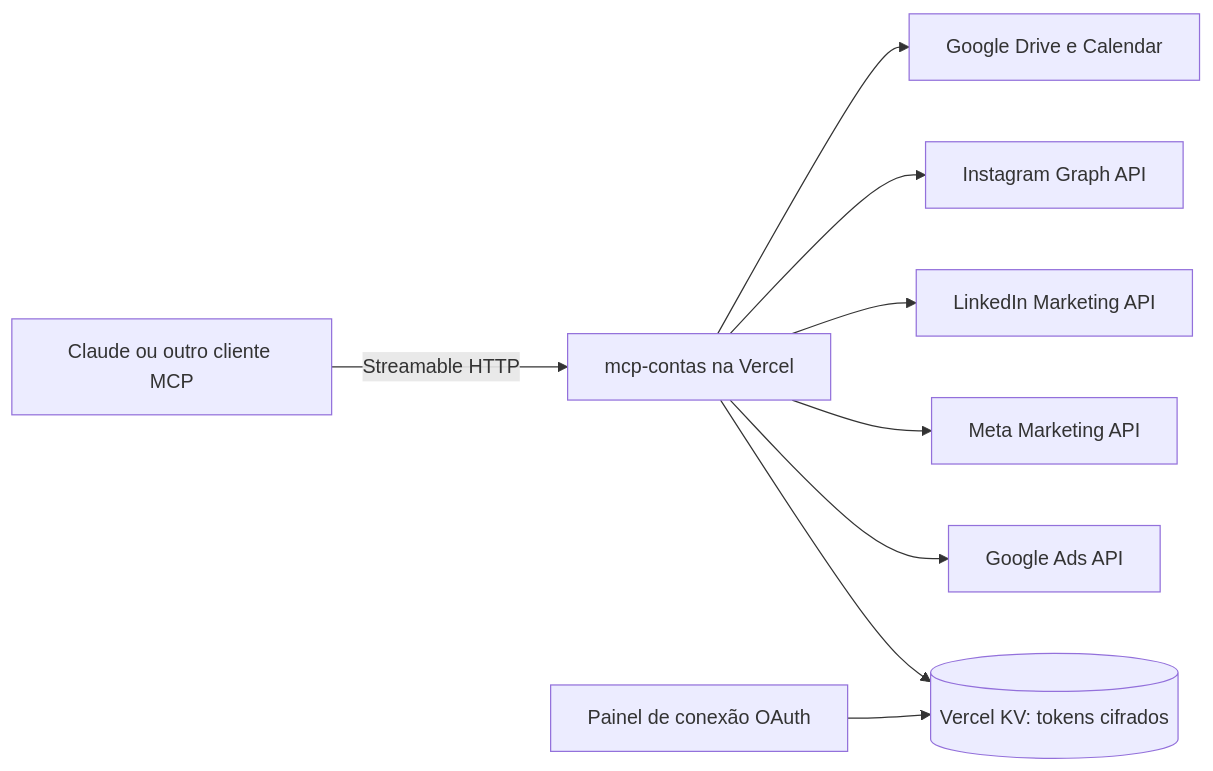
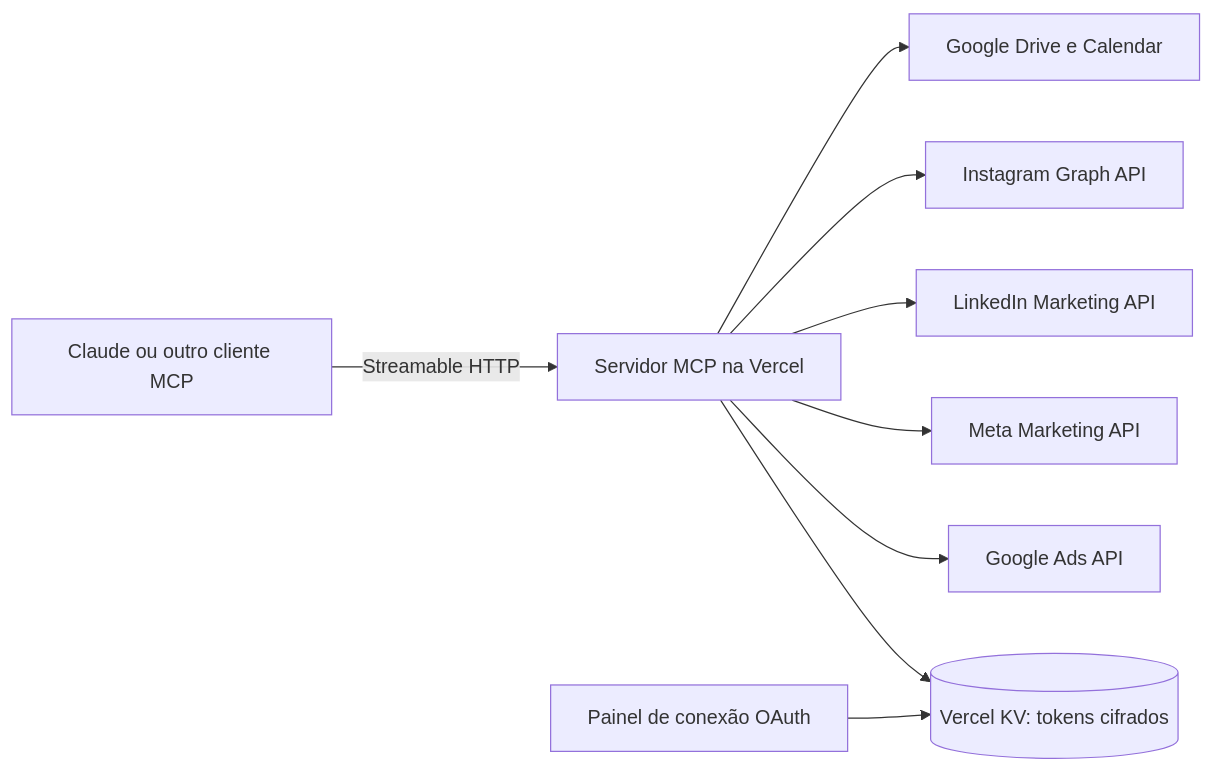
Before and after one commit to rapharantes/portfolio: the diagram in mcp-contas.md, drawn with Mermaid. The commit also changed other lines of this file and 1 other file, not shown here.

Commit message:
Renomeia mcp-contas para Servidor MCP para gestão de tráfego

````diff
--- a/mcp-contas.md
+++ b/mcp-contas.md
@@ -25,11 +25,11 @@
 ```mermaid
 flowchart LR
-  C["Claude ou outro cliente MCP"] -- "Streamable HTTP" --> S["mcp-contas na Vercel"]
+  C["Claude ou outro cliente MCP"] -- "Streamable HTTP" --> S["Servidor MCP na Vercel"]
   S --> KV[("Vercel KV: tokens cifrados")]
   S --> GA["Google Ads API"]
   S --> MA["Meta Marketing API"]
   S --> LI["LinkedIn Marketing API"]
   S --> IG["Instagram Graph API"]
   S --> GW["Google Drive e Calendar"]
   P["Painel de conexão OAuth"] --> KV
 ```
````
